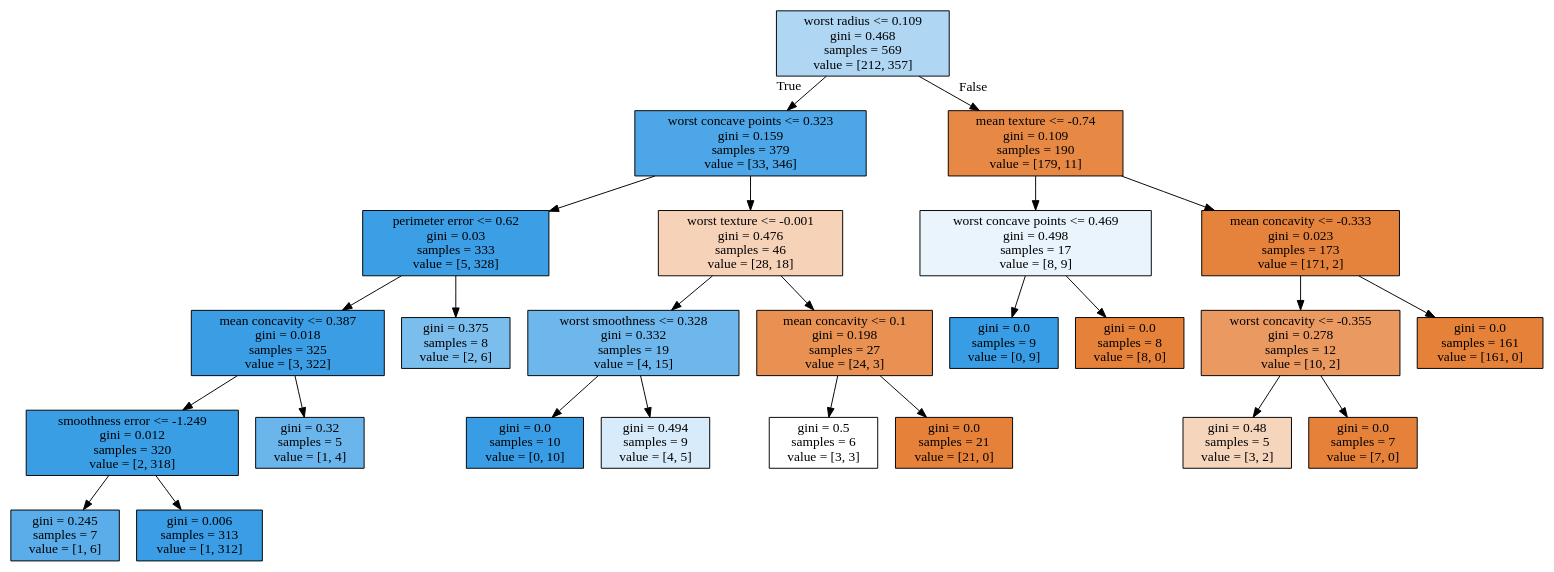
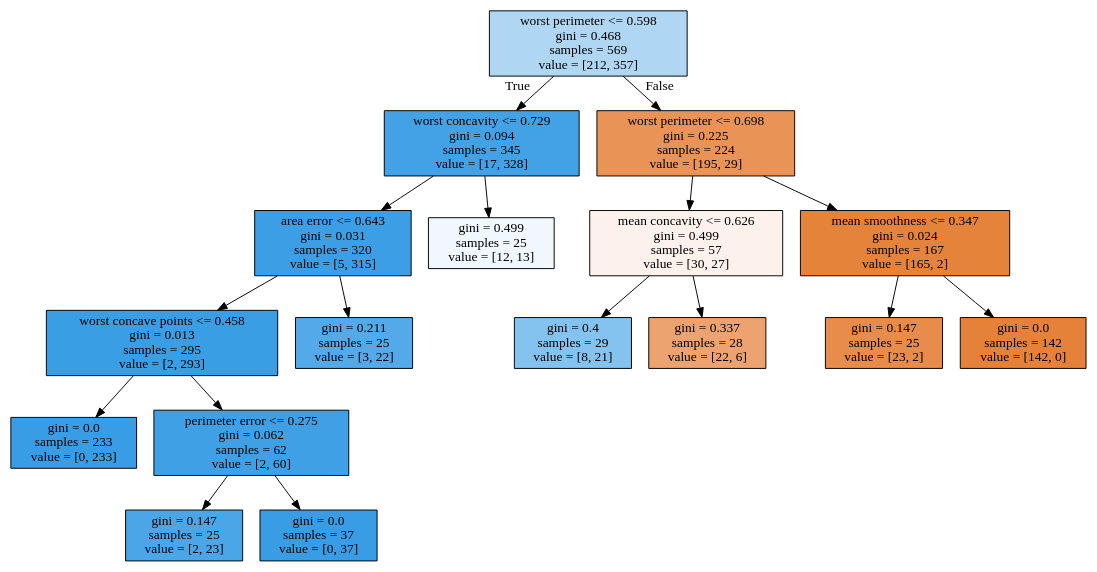
One commit to IMDxD/MLIsuct changed the diagram in fall2021/lecture12/tree.dot. Above: the diagram before and after it, drawn with Graphviz. The commit also changed 9 other files, not shown here.

```diff
--- a/fall2021/lecture12/tree.dot
+++ b/fall2021/lecture12/tree.dot
@@ -1,52 +1,36 @@
 digraph Tree {
 node [shape=box, style="filled", color="black"] ;
-0 [label="worst radius <= 0.109\ngini = 0.468\nsamples = 569\nvalue = [212, 357]", fillcolor="#afd7f4"] ;
-1 [label="worst concave points <= 0.323\ngini = 0.159\nsamples = 379\nvalue = [33, 346]", fillcolor="#4ca6e7"] ;
+0 [label="worst perimeter <= 0.598\ngini = 0.468\nsamples = 569\nvalue = [212, 357]", fillcolor="#afd7f4"] ;
+1 [label="worst concavity <= 0.729\ngini = 0.094\nsamples = 345\nvalue = [17, 328]", fillcolor="#43a2e6"] ;
 0 -> 1 [labeldistance=2.5, labelangle=45, headlabel="True"] ;
-2 [label="perimeter error <= 0.62\ngini = 0.03\nsamples = 333\nvalue = [5, 328]", fillcolor="#3c9ee5"] ;
+2 [label="area error <= 0.643\ngini = 0.031\nsamples = 320\nvalue = [5, 315]", fillcolor="#3c9fe5"] ;
 1 -> 2 ;
-3 [label="mean concavity <= 0.387\ngini = 0.018\nsamples = 325\nvalue = [3, 322]", fillcolor="#3b9ee5"] ;
+3 [label="worst concave points <= 0.458\ngini = 0.013\nsamples = 295\nvalue = [2, 293]", fillcolor="#3a9ee5"] ;
 2 -> 3 ;
-4 [label="smoothness error <= -1.249\ngini = 0.012\nsamples = 320\nvalue = [2, 318]", fillcolor="#3a9ee5"] ;
+4 [label="gini = 0.0\nsamples = 233\nvalue = [0, 233]", fillcolor="#399de5"] ;
 3 -> 4 ;
-5 [label="gini = 0.245\nsamples = 7\nvalue = [1, 6]", fillcolor="#5aade9"] ;
-4 -> 5 ;
-6 [label="gini = 0.006\nsamples = 313\nvalue = [1, 312]", fillcolor="#3a9de5"] ;
-4 -> 6 ;
-7 [label="gini = 0.32\nsamples = 5\nvalue = [1, 4]", fillcolor="#6ab6ec"] ;
-3 -> 7 ;
-8 [label="gini = 0.375\nsamples = 8\nvalue = [2, 6]", fillcolor="#7bbeee"] ;
+5 [label="perimeter error <= 0.275\ngini = 0.062\nsamples = 62\nvalue = [2, 60]", fillcolor="#40a0e6"] ;
+3 -> 5 ;
+6 [label="gini = 0.147\nsamples = 25\nvalue = [2, 23]", fillcolor="#4aa6e7"] ;
+5 -> 6 ;
+7 [label="gini = 0.0\nsamples = 37\nvalue = [0, 37]", fillcolor="#399de5"] ;
+5 -> 7 ;
+8 [label="gini = 0.211\nsamples = 25\nvalue = [3, 22]", fillcolor="#54aae9"] ;
 2 -> 8 ;
-9 [label="worst texture <= -0.001\ngini = 0.476\nsamples = 46\nvalue = [28, 18]", fillcolor="#f6d2b8"] ;
+9 [label="gini = 0.499\nsamples = 25\nvalue = [12, 13]", fillcolor="#f0f7fd"] ;
 1 -> 9 ;
-10 [label="worst smoothness <= 0.328\ngini = 0.332\nsamples = 19\nvalue = [4, 15]", fillcolor="#6eb7ec"] ;
-9 -> 10 ;
-11 [label="gini = 0.0\nsamples = 10\nvalue = [0, 10]", fillcolor="#399de5"] ;
+10 [label="worst perimeter <= 0.698\ngini = 0.225\nsamples = 224\nvalue = [195, 29]", fillcolor="#e99456"] ;
+0 -> 10 [labeldistance=2.5, labelangle=-45, headlabel="False"] ;
+11 [label="mean concavity <= 0.626\ngini = 0.499\nsamples = 57\nvalue = [30, 27]", fillcolor="#fcf2eb"] ;
 10 -> 11 ;
-12 [label="gini = 0.494\nsamples = 9\nvalue = [4, 5]", fillcolor="#d7ebfa"] ;
-10 -> 12 ;
-13 [label="mean concavity <= 0.1\ngini = 0.198\nsamples = 27\nvalue = [24, 3]", fillcolor="#e89152"] ;
-9 -> 13 ;
-14 [label="gini = 0.5\nsamples = 6\nvalue = [3, 3]", fillcolor="#ffffff"] ;
-13 -> 14 ;
-15 [label="gini = 0.0\nsamples = 21\nvalue = [21, 0]", fillcolor="#e58139"] ;
-13 -> 15 ;
-16 [label="mean texture <= -0.74\ngini = 0.109\nsamples = 190\nvalue = [179, 11]", fillcolor="#e78945"] ;
-0 -> 16 [labeldistance=2.5, labelangle=-45, headlabel="False"] ;
-17 [label="worst concave points <= 0.469\ngini = 0.498\nsamples = 17\nvalue = [8, 9]", fillcolor="#e9f4fc"] ;
-16 -> 17 ;
-18 [label="gini = 0.0\nsamples = 9\nvalue = [0, 9]", fillcolor="#399de5"] ;
-17 -> 18 ;
-19 [label="gini = 0.0\nsamples = 8\nvalue = [8, 0]", fillcolor="#e58139"] ;
-17 -> 19 ;
-20 [label="mean concavity <= -0.333\ngini = 0.023\nsamples = 173\nvalue = [171, 2]", fillcolor="#e5823b"] ;
-16 -> 20 ;
-21 [label="worst concavity <= -0.355\ngini = 0.278\nsamples = 12\nvalue = [10, 2]", fillcolor="#ea9a61"] ;
-20 -> 21 ;
-22 [label="gini = 0.48\nsamples = 5\nvalue = [3, 2]", fillcolor="#f6d5bd"] ;
-21 -> 22 ;
-23 [label="gini = 0.0\nsamples = 7\nvalue = [7, 0]", fillcolor="#e58139"] ;
-21 -> 23 ;
-24 [label="gini = 0.0\nsamples = 161\nvalue = [161, 0]", fillcolor="#e58139"] ;
-20 -> 24 ;
+12 [label="gini = 0.4\nsamples = 29\nvalue = [8, 21]", fillcolor="#84c2ef"] ;
+11 -> 12 ;
+13 [label="gini = 0.337\nsamples = 28\nvalue = [22, 6]", fillcolor="#eca36f"] ;
+11 -> 13 ;
+14 [label="mean smoothness <= 0.347\ngini = 0.024\nsamples = 167\nvalue = [165, 2]", fillcolor="#e5833b"] ;
+10 -> 14 ;
+15 [label="gini = 0.147\nsamples = 25\nvalue = [23, 2]", fillcolor="#e78c4a"] ;
+14 -> 15 ;
+16 [label="gini = 0.0\nsamples = 142\nvalue = [142, 0]", fillcolor="#e58139"] ;
+14 -> 16 ;
 }
```
